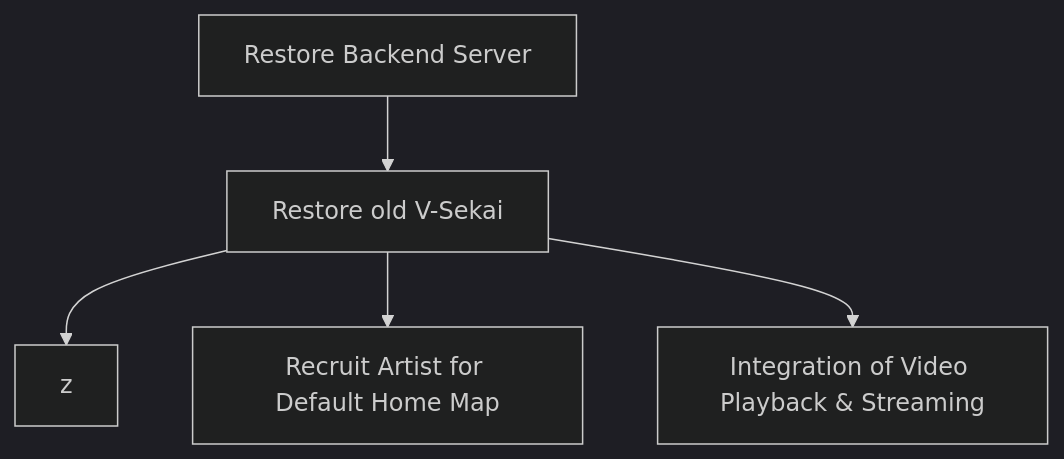
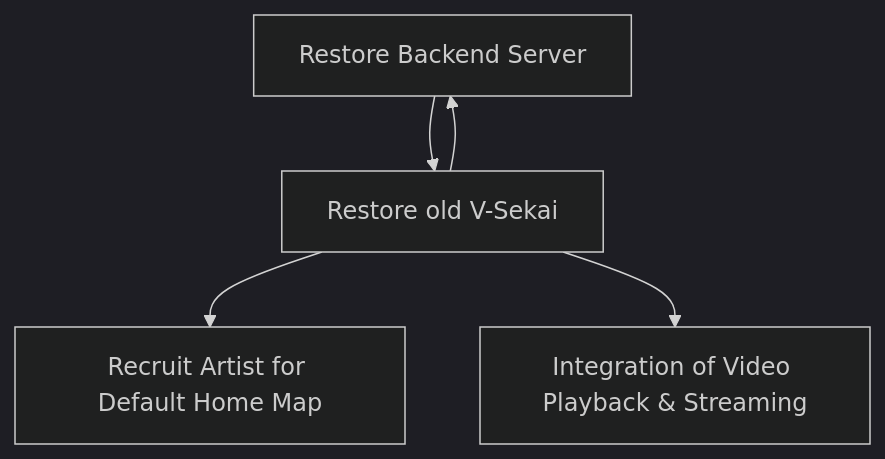
Before and after one commit to V-Sekai/manuals: the diagram in decisions/20241102-plan-november-2024.md, drawn with Mermaid (dark theme).

````diff
--- a/decisions/20241102-plan-november-2024.md
+++ b/decisions/20241102-plan-november-2024.md
@@ -9,12 +9,12 @@
 ```mermaid
 graph TD
     Z[Restore Backend Server]
     A[Restore old V-Sekai]
     F[Recruit Artist for Default Home Map]
     H[Integration of Video Playback & Streaming]
 
     Z --> A
-    A --> z
+    A --> Z
     A --> F
     A --> H
 ```
````
